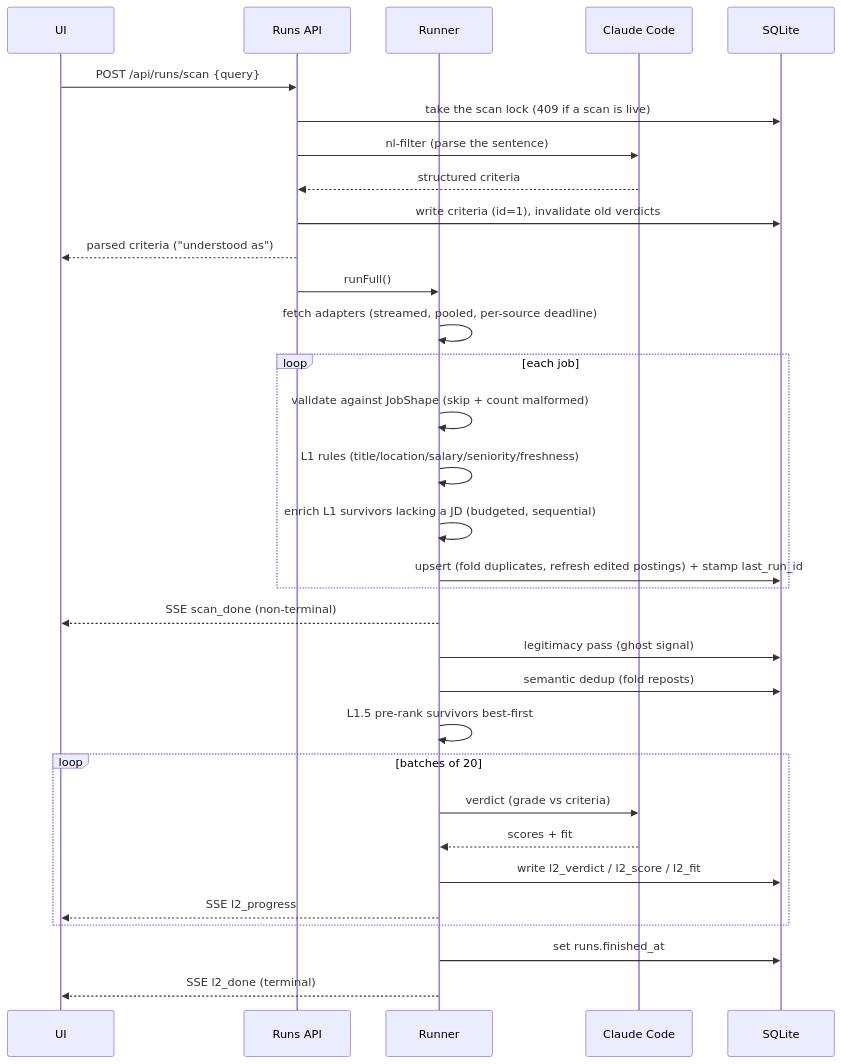
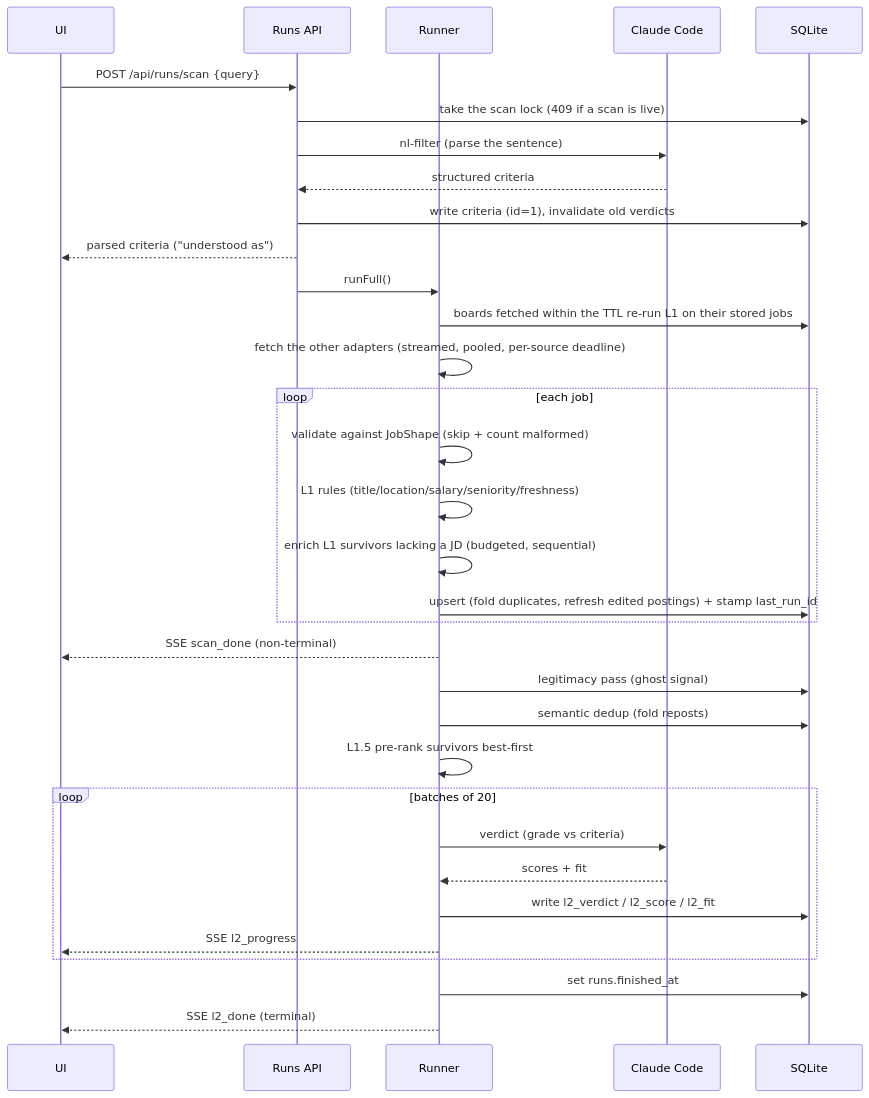
One commit to noobiethe13/lantern changed the second of 2 diagrams in docs/architecture.md. Above: the diagram before and after it, drawn with Mermaid. The commit also changed other lines of this file and 127 other files, not shown here.

````diff
--- a/docs/architecture.md
+++ b/docs/architecture.md
@@ -66,37 +66,38 @@
 ```mermaid
 sequenceDiagram
     participant U as UI
     participant API as Runs API
     participant R as Runner
     participant LLM as Claude Code
     participant DB as SQLite
 
     U->>API: POST /api/runs/scan {query}
     API->>DB: take the scan lock (409 if a scan is live)
     API->>LLM: nl-filter (parse the sentence)
     LLM-->>API: structured criteria
     API->>DB: write criteria (id=1), invalidate old verdicts
     API-->>U: parsed criteria ("understood as")
     API->>R: runFull()
 
-    R->>R: fetch adapters (streamed, pooled, per-source deadline)
+    R->>DB: boards fetched within the TTL re-run L1 on their stored jobs
+    R->>R: fetch the other adapters (streamed, pooled, per-source deadline)
     loop each job
         R->>R: validate against JobShape (skip + count malformed)
         R->>R: L1 rules (title/location/salary/seniority/freshness)
         R->>R: enrich L1 survivors lacking a JD (budgeted, sequential)
         R->>DB: upsert (fold duplicates, refresh edited postings) + stamp last_run_id
     end
     R-->>U: SSE scan_done (non-terminal)
 
     R->>DB: legitimacy pass (ghost signal)
     R->>DB: semantic dedup (fold reposts)
     R->>R: L1.5 pre-rank survivors best-first
     loop batches of 20
         R->>LLM: verdict (grade vs criteria)
         LLM-->>R: scores + fit
         R->>DB: write l2_verdict / l2_score / l2_fit
         R-->>U: SSE l2_progress
     end
     R->>DB: set runs.finished_at
     R-->>U: SSE l2_done (terminal)
 ```
````
